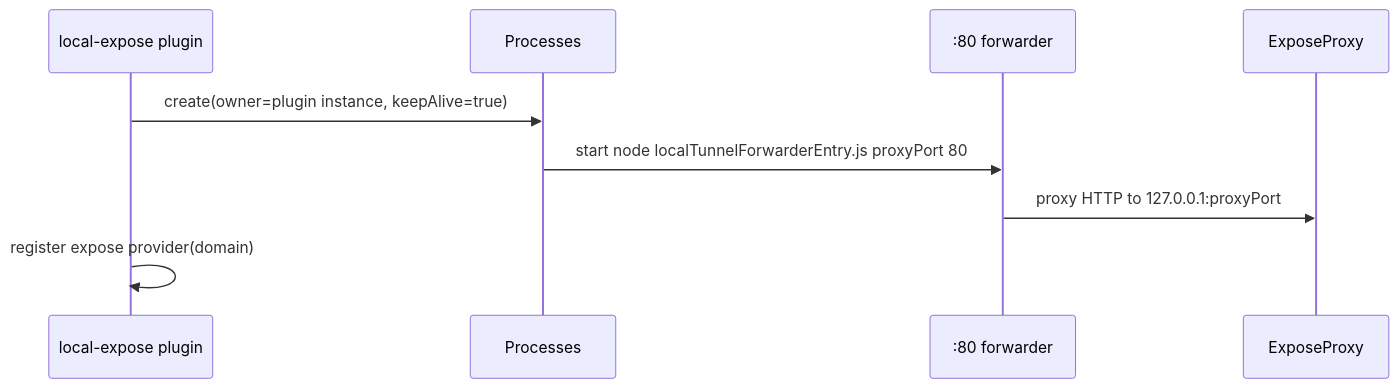
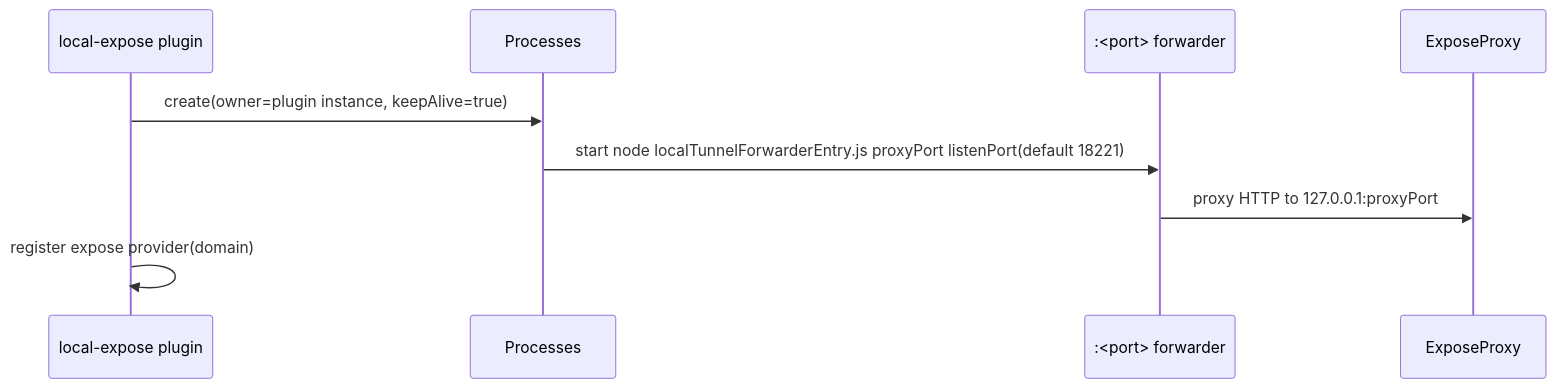
The fifth of 5 diagrams in doc/internals/expose.md (ex3ndr/daycare), drawn with Mermaid before and after one commit. The commit also changed other lines of this file and 5 other files, not shown here.

Commit message:
feat(local-expose): support configurable listen port defaulting to 18221

````diff
--- a/doc/internals/expose.md
+++ b/doc/internals/expose.md
@@ -97,12 +97,12 @@
 ```mermaid
 sequenceDiagram
   participant Plugin as local-expose plugin
   participant Processes
-  participant Forwarder as :80 forwarder
+  participant Forwarder as :<port> forwarder
   participant Proxy as ExposeProxy
 
   Plugin->>Processes: create(owner=plugin instance, keepAlive=true)
-  Processes->>Forwarder: start node localTunnelForwarderEntry.js proxyPort 80
+  Processes->>Forwarder: start node localTunnelForwarderEntry.js proxyPort listenPort(default 18221)
   Forwarder->>Proxy: proxy HTTP to 127.0.0.1:proxyPort
   Plugin->>Plugin: register expose provider(domain)
 ```
````
